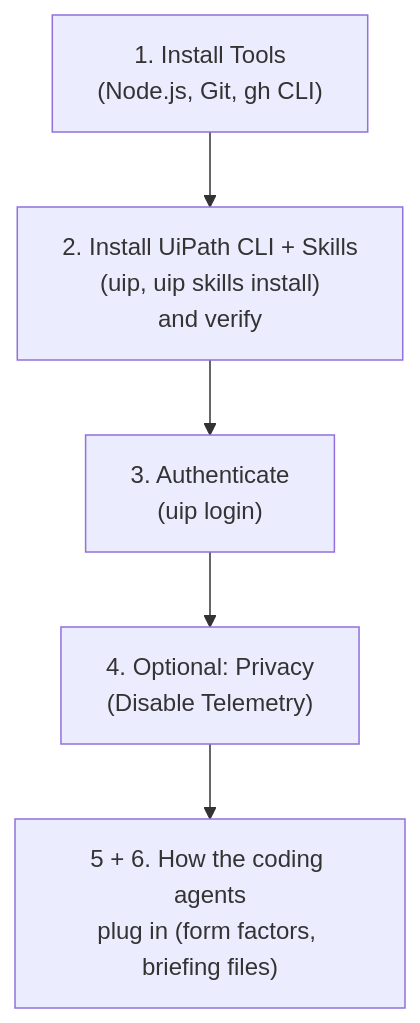
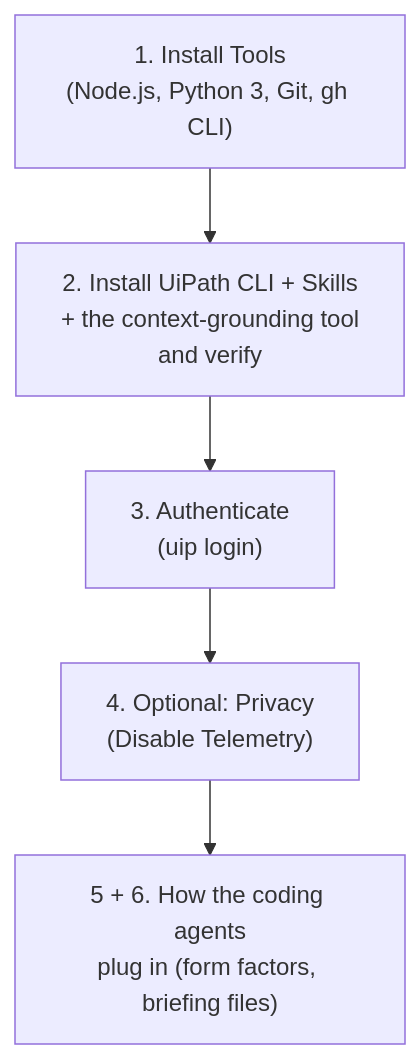
One commit to reitermayer/Fusion2026-CodingAgents changed the first of 2 diagrams in Chapters/02-Setup.md. Above: the diagram before and after it, drawn with Mermaid. The commit also changed other lines of this file and 5 other files, not shown here.

````diff
--- a/Chapters/02-Setup.md
+++ b/Chapters/02-Setup.md
@@ -5,7 +5,7 @@
 ```mermaid
 graph TD
-    A["1. Install Tools<br/>(Node.js, Git, gh CLI)"] --> B["2. Install UiPath CLI + Skills<br/>(uip, uip skills install)<br/>and verify"]
+    A["1. Install Tools<br/>(Node.js, Python 3, Git, gh CLI)"] --> B["2. Install UiPath CLI + Skills<br/>+ the context-grounding tool<br/>and verify"]
     B --> C["3. Authenticate<br/>(uip login)"]
     C --> D["4. Optional: Privacy<br/>(Disable Telemetry)"]
     D --> E["5 + 6. How the coding agents<br/>plug in (form factors, briefing files)"]
 ```
````
